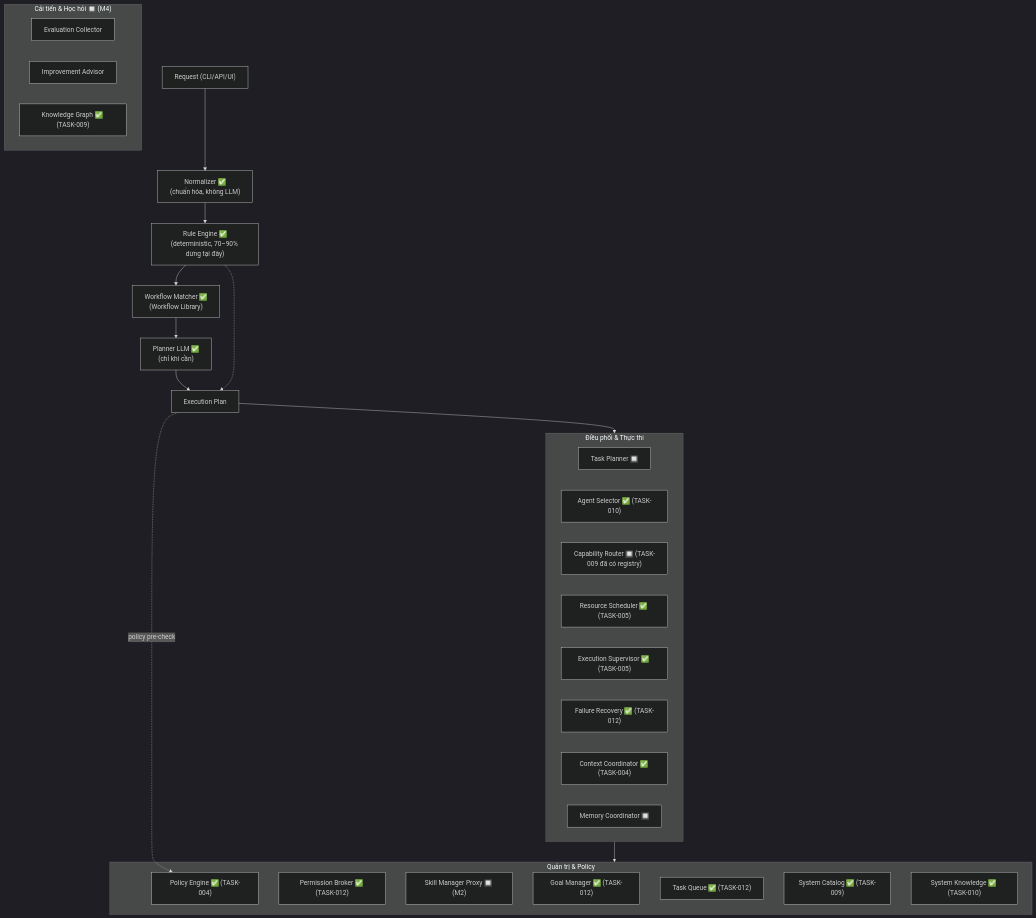
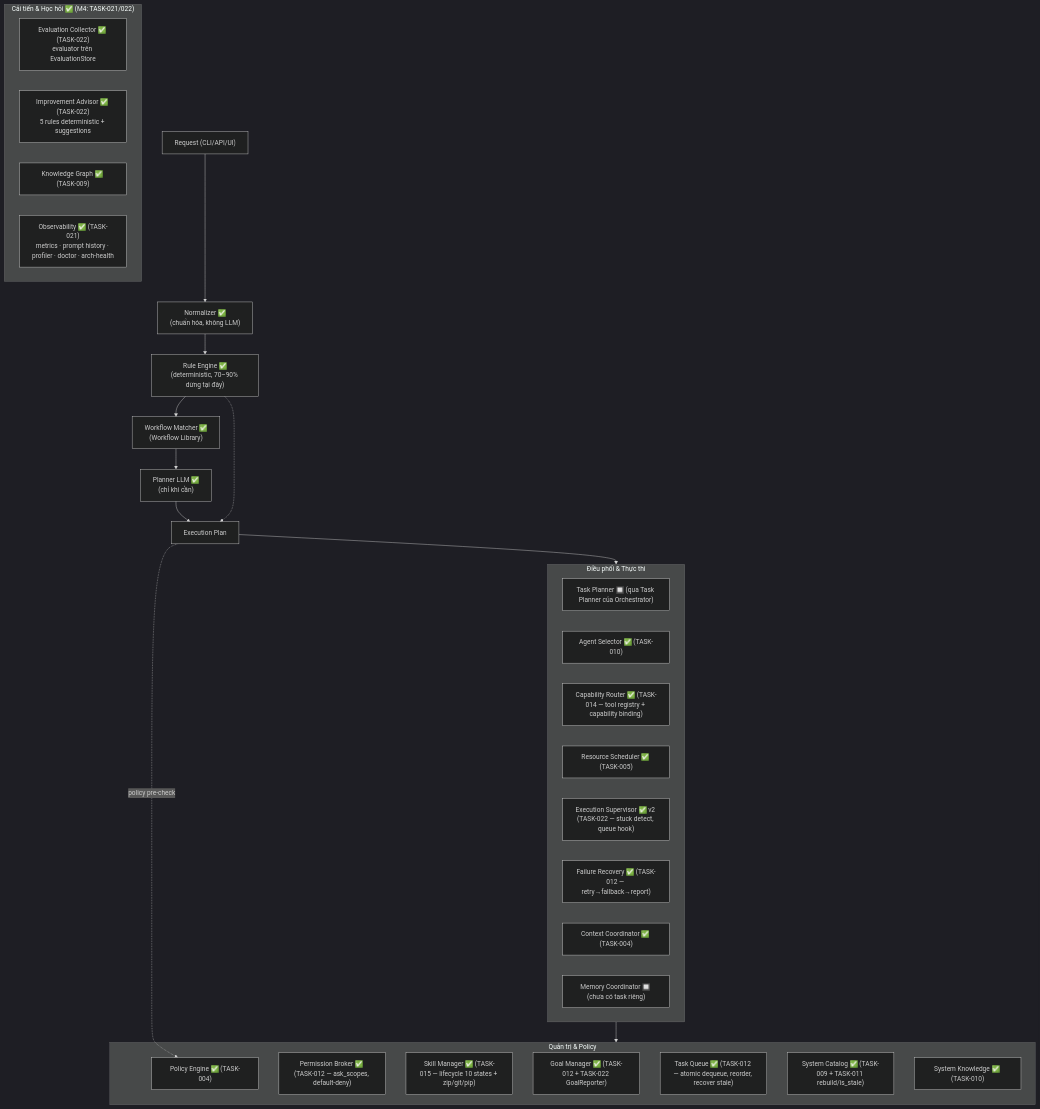
Before and after one commit to mrdanhdanh/aios-python: the third of 5 diagrams in docs/architecture.md, drawn with Mermaid (dark theme). The commit also changed other lines of this file and 1 other file, not shown here.

Commit message:
docs: update architecture.md to M4 status (2026-08-14) - all milestones done

````diff
--- a/docs/architecture.md
+++ b/docs/architecture.md
@@ -99,40 +101,41 @@
 ```mermaid
 flowchart TD
     REQ["Request (CLI/API/UI)"] --> N["Normalizer ✅<br/>(chuẩn hóa, không LLM)"]
     N --> R["Rule Engine ✅<br/>(deterministic, 70–90% dừng tại đây)"]
     R --> W["Workflow Matcher ✅<br/>(Workflow Library)"]
     W --> P["Planner LLM ✅<br/>(chỉ khi cần)"]
     P --> EP["Execution Plan"]
     R -.-> EP
 
     subgraph COORD["Điều phối & Thực thi"]
-        TP["Task Planner 🔲"]
+        TP["Task Planner 🔲 (qua Task Planner của Orchestrator)"]
         AS["Agent Selector ✅ (TASK-010)"]
-        CR2["Capability Router 🔲 (TASK-009 đã có registry)"]
+        CR2["Capability Router ✅ (TASK-014 — tool registry + capability binding)"]
         RS["Resource Scheduler ✅ (TASK-005)"]
-        ES["Execution Supervisor ✅ (TASK-005)"]
-        FR["Failure Recovery ✅ (TASK-012)"]
+        ES["Execution Supervisor ✅ v2 (TASK-022 — stuck detect, queue hook)"]
+        FR["Failure Recovery ✅ (TASK-012 — retry→fallback→report)"]
         CC["Context Coordinator ✅ (TASK-004)"]
-        MC["Memory Coordinator 🔲"]
+        MC["Memory Coordinator 🔲 (chưa có task riêng)"]
     end
 
     subgraph ADMIN["Quản trị & Policy"]
         PE["Policy Engine ✅ (TASK-004)"]
-        PB["Permission Broker ✅ (TASK-012)"]
-        SM["Skill Manager Proxy 🔲 (M2)"]
-        GM["Goal Manager ✅ (TASK-012)"]
-        TQ["Task Queue ✅ (TASK-012)"]
-        SC["System Catalog ✅ (TASK-009)"]
+        PB["Permission Broker ✅ (TASK-012 — ask_scopes, default-deny)"]
+        SM["Skill Manager ✅ (TASK-015 — lifecycle 10 states + zip/git/pip)"]
+        GM["Goal Manager ✅ (TASK-012 + TASK-022 GoalReporter)"]
+        TQ["Task Queue ✅ (TASK-012 — atomic dequeue, reorder, recover stale)"]
+        SC["System Catalog ✅ (TASK-009 + TASK-011 rebuild/is_stale)"]
         SK["System Knowledge ✅ (TASK-010)"]
     end
 
-    subgraph LEARN["Cải tiến & Học hỏi 🔲 (M4)"]
-        EC["Evaluation Collector"]
-        IA["Improvement Advisor"]
+    subgraph LEARN["Cải tiến & Học hỏi ✅ (M4: TASK-021/022)"]
+        EC["Evaluation Collector ✅ (TASK-022)<br/>evaluator trên EvaluationStore"]
+        IA["Improvement Advisor ✅ (TASK-022)<br/>5 rules deterministic + suggestions"]
         KG["Knowledge Graph ✅ (TASK-009)"]
+        OB["Observability ✅ (TASK-021)<br/>metrics · prompt history · profiler · doctor · arch-health"]
     end
 
     EP --> COORD
     EP -. policy pre-check .-> PE
     COORD --> ADMIN
 ```
````
